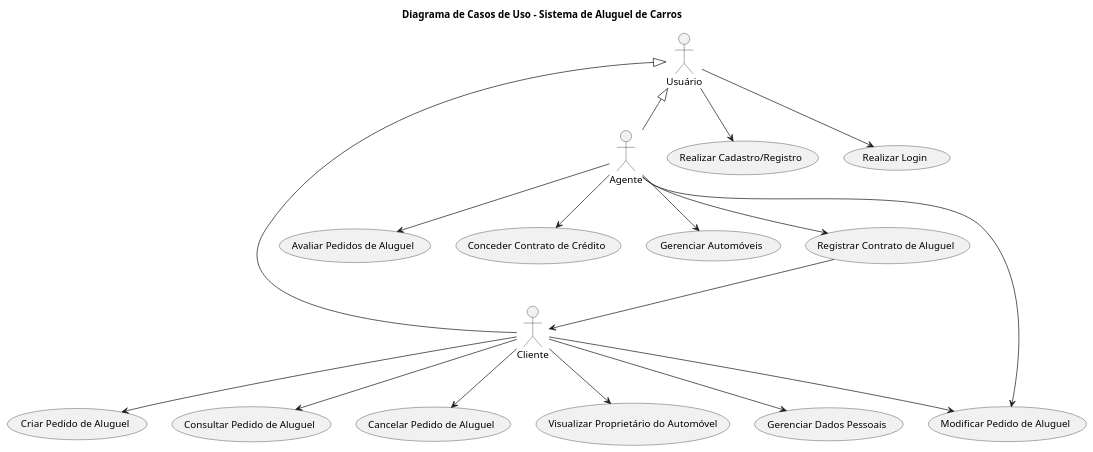
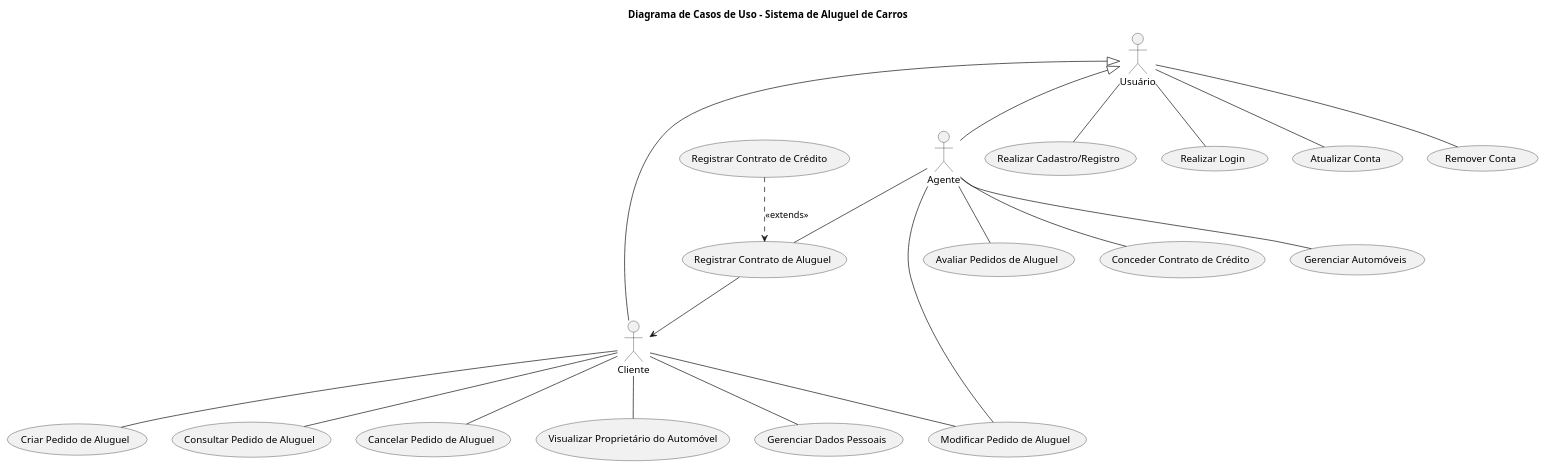
The diagram in projeto/UseCase.puml (Athoosz/Sistema_de_Aluguel_de_Carros), drawn with PlantUML before and after one commit.

Commit message:
feat: atualizando casos de uso

```diff
--- a/projeto/UseCase.puml
+++ b/projeto/UseCase.puml
@@ -1,49 +1,55 @@
 @startuml
 title Diagrama de Casos de Uso - Sistema de Aluguel de Carros
 
 actor "Usuário" as Usuario
 actor "Cliente" as Cliente
 actor "Agente" as Agente
 
 Usuario <|-- Cliente
 Usuario <|-- Agente
 
 ' Casos de uso de autenticação
 usecase "Realizar Cadastro/Registro" as UC_Cadastrar
 usecase "Realizar Login" as UC_Login
+usecase "Atualizar Conta" as UC_AtualizarConta
+usecase "Remover Conta" as UC_RemoverConta
 
 ' Casos de uso do Cliente
 usecase "Criar Pedido de Aluguel" as UC_CriarPedido
 usecase "Consultar Pedido de Aluguel" as UC_ConsultarPedido
 usecase "Cancelar Pedido de Aluguel" as UC_CancelarPedido
 usecase "Visualizar Proprietário do Automóvel" as UC_VisualizarProprietario
 usecase "Gerenciar Dados Pessoais" as UC_GerenciarDadosPessoais
 
 ' Casos de uso do Agente
 usecase "Avaliar Pedidos de Aluguel" as UC_AvaliarPedido
 usecase "Conceder Contrato de Crédito" as UC_ConcederCredito
 usecase "Gerenciar Automóveis" as UC_GerenciarAutomoveis
 
 ' Casos de uso do Agente e cliente
 usecase "Modificar Pedido de Aluguel" as UC_ModificarPedido
 usecase "Registrar Contrato de Aluguel" as UC_RegistrarContrato
+usecase "Registrar Contrato de Crédito   " as UC_RegistrarContratoCredito
 
 ' Relacionamentos
-Usuario --> UC_Cadastrar
-Usuario --> UC_Login
+Usuario -- UC_Cadastrar
+Usuario -- UC_Login
+Usuario -- UC_AtualizarConta
+Usuario -- UC_RemoverConta
 
-Cliente --> UC_CriarPedido
-Cliente --> UC_ModificarPedido
-Cliente --> UC_ConsultarPedido
-Cliente --> UC_CancelarPedido
-Cliente --> UC_VisualizarProprietario
-Cliente --> UC_GerenciarDadosPessoais
+Cliente -- UC_CriarPedido
+Cliente -- UC_ModificarPedido
+Cliente -- UC_ConsultarPedido
+Cliente -- UC_CancelarPedido
+Cliente -- UC_VisualizarProprietario
+Cliente -- UC_GerenciarDadosPessoais
 
-Agente --> UC_AvaliarPedido
-Agente --> UC_ModificarPedido
-Agente --> UC_RegistrarContrato
-Agente --> UC_ConcederCredito
-Agente --> UC_GerenciarAutomoveis
+Agente -- UC_AvaliarPedido
+Agente -- UC_ModificarPedido
+Agente -- UC_RegistrarContrato
+(UC_RegistrarContratoCredito) ..> (UC_RegistrarContrato) : <<extends>>
+Agente -- UC_ConcederCredito
+Agente -- UC_GerenciarAutomoveis
 
 UC_RegistrarContrato --> Cliente
 @enduml
```
